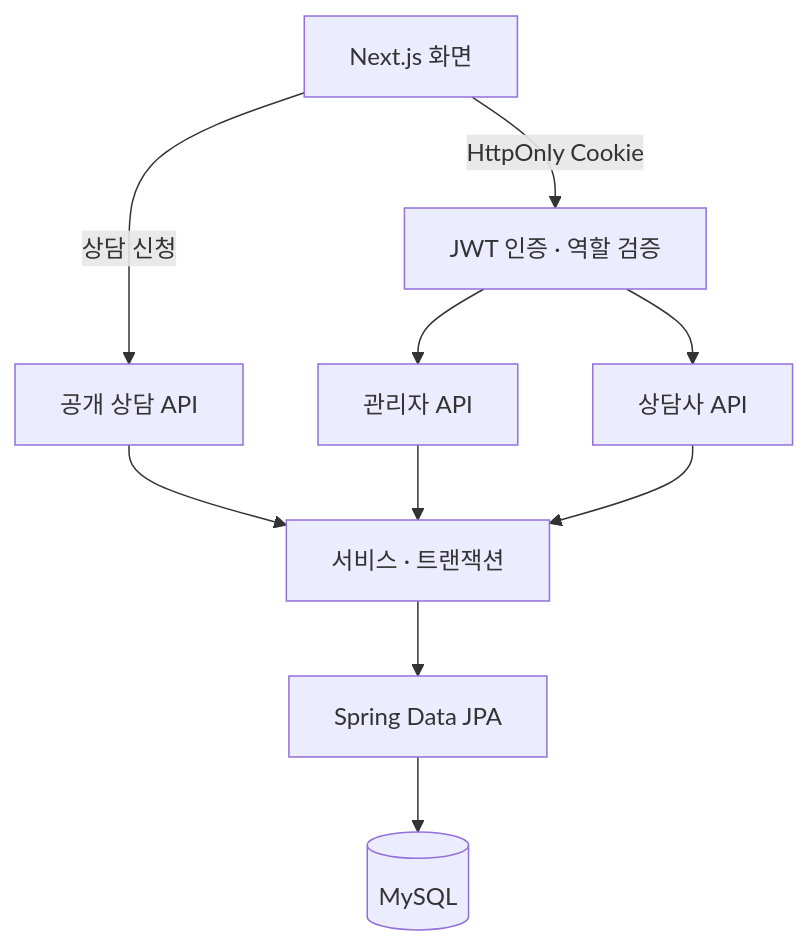
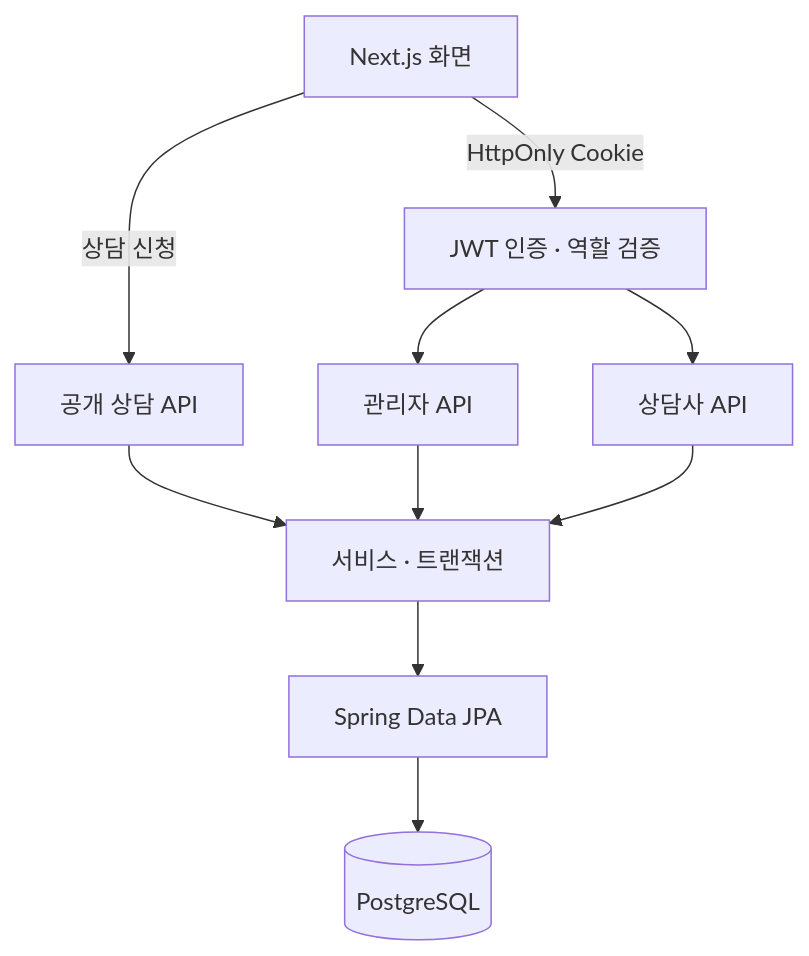
Before and after one commit to WONDongin/project-crm: the first of 2 diagrams in README.md, drawn with Mermaid. The commit also changed other lines of this file, not shown here.

````diff
--- a/README.md
+++ b/README.md
@@ -10,12 +10,12 @@
 ```mermaid
 flowchart TD
     UI["Next.js 화면"] -->|"상담 신청"| Public["공개 상담 API"]
     UI -->|"HttpOnly Cookie"| Auth["JWT 인증 · 역할 검증"]
     Auth --> Admin["관리자 API"]
     Auth --> Consultant["상담사 API"]
     Public --> Service["서비스 · 트랜잭션"]
     Admin --> Service
     Consultant --> Service
     Service --> JPA["Spring Data JPA"]
-    JPA --> DB[("MySQL")]
+    JPA --> DB[("PostgreSQL")]
 ```
````
